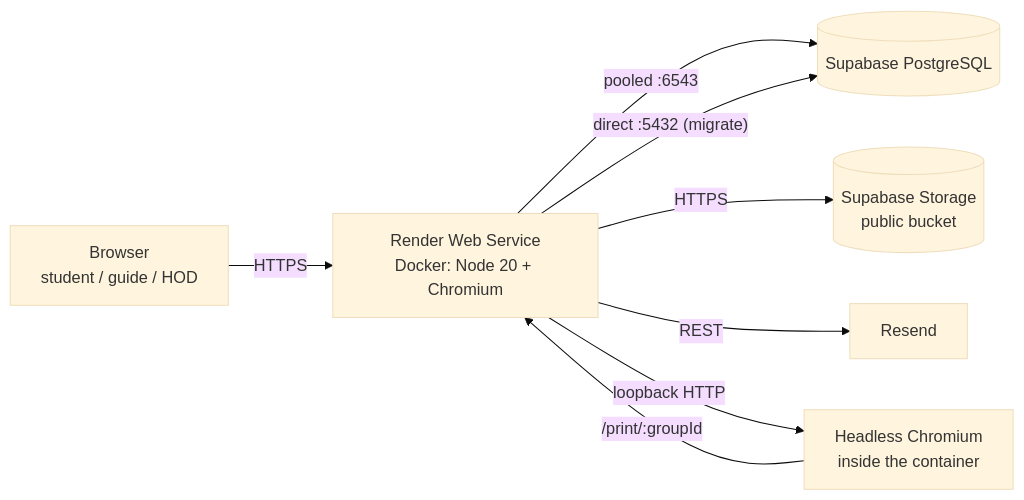
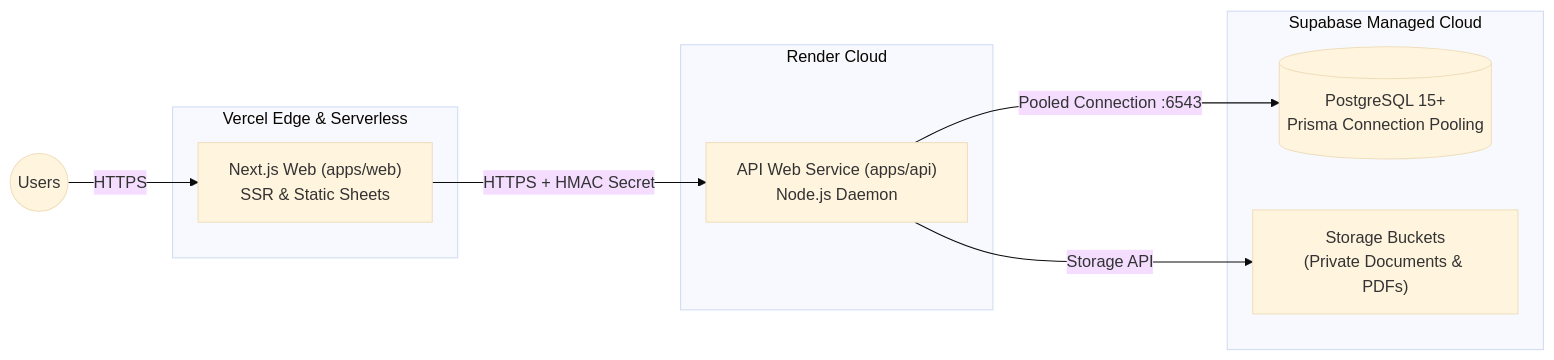
The ninth of 9 diagrams in SYSTEM_DESIGN.md (Shreyascode40/log-finale), drawn with Mermaid (base theme) before and after one commit. The commit also changed other lines of this file, not shown here.

Commit message:
Update system design document to reflect two-tier architecture

````diff
--- a/SYSTEM_DESIGN.md
+++ b/SYSTEM_DESIGN.md
@@ -1238,10 +653,20 @@
 ```mermaid
 flowchart LR
-    user["Browser<br/>student / guide / HOD"] -->|HTTPS| render["Render Web Service<br/>Docker: Node 20 + Chromium"]
-    render -->|"pooled :6543"| pg[("Supabase PostgreSQL")]
-    render -->|"direct :5432 (migrate)"| pg
-    render -->|"HTTPS"| storage[("Supabase Storage<br/>public bucket")]
-    render -->|REST| resend["Resend"]
-    render -->|"loopback HTTP"| chrome["Headless Chromium<br/>inside the container"]
-    chrome -->|"/print/:groupId"| render
+    subgraph VercelCloud ["Vercel Edge & Serverless"]
+        VercelApp["Next.js Web (apps/web)<br/>SSR & Static Sheets"]
+    end
+
+    subgraph RenderCloud ["Render Cloud"]
+        RenderService["API Web Service (apps/api)<br/>Node.js Daemon"]
+    end
+
+    subgraph SupabaseCloud ["Supabase Managed Cloud"]
+        SupabasePostgres[("PostgreSQL 15+<br/>Prisma Connection Pooling")]
+        SupabaseStorage["Storage Buckets<br/>(Private Documents & PDFs)"]
+    end
+
+    InternetUsers((Users)) -->|HTTPS| VercelApp
+    VercelApp -->|HTTPS + HMAC Secret| RenderService
+    RenderService -->|Pooled Connection :6543| SupabasePostgres
+    RenderService -->|Storage API| SupabaseStorage
 ```
````
